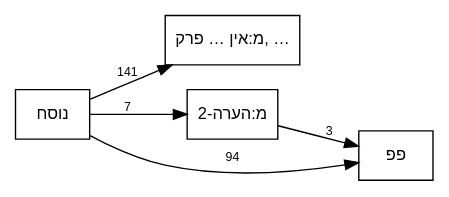
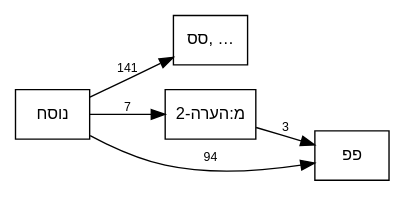
One commit to bdenckla/MAM-basics changed the diagram in out/tmpl-survey-plus/plus-call-graph-c.dot. Above: the diagram before and after it, drawn with Graphviz. The commit also changed 6 other files, not shown here.

```diff
--- a/out/tmpl-survey-plus/plus-call-graph-c.dot
+++ b/out/tmpl-survey-plus/plus-call-graph-c.dot
@@ -1,26 +1,26 @@
 // This file was generated by MAM-basics/py/main_tmpl_survey.py.
 // Do not edit by hand.
 digraph template_call_graph {
     rankdir=LR;
     node [fontname="SBL Hebrew,Helvetica", fontsize=12];
     edge [fontname="Helvetica", fontsize=9];
     graph [comment="This file was generated by MAM-basics/py/main_tmpl_survey.py."];
 
     // Template nodes
     node [shape=box, style=""];
-    "מ:אין … פרק, …" [tooltip="מ:אין פרשה בתחילת פרק
+    "סס, …" [tooltip="מ:אין פרשה בתחילת פרק
 מ:אין פרשה בתחילת פרק בספרי אמ״ת
 מ:קישור בהערה
 סס
 ססס
 פפפ
 ר1
 ר4
 ש"];
 
     // Edges
     "מ:הערה-2" -> "פפ" [label="3"];
-    "נוסח" -> "מ:אין … פרק, …" [label="141"];
     "נוסח" -> "מ:הערה-2" [label="7"];
+    "נוסח" -> "סס, …" [label="141"];
     "נוסח" -> "פפ" [label="94"];
 }
```
